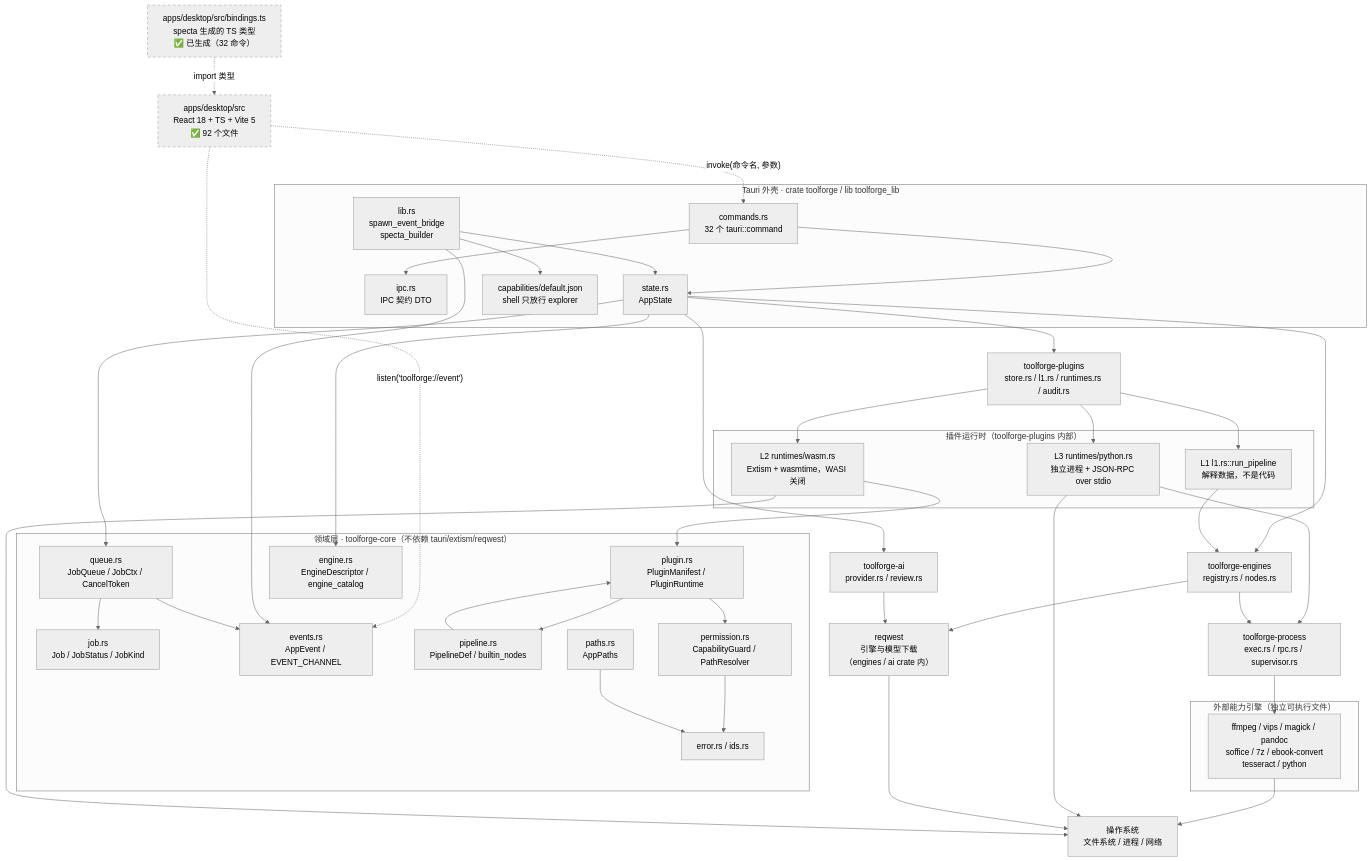
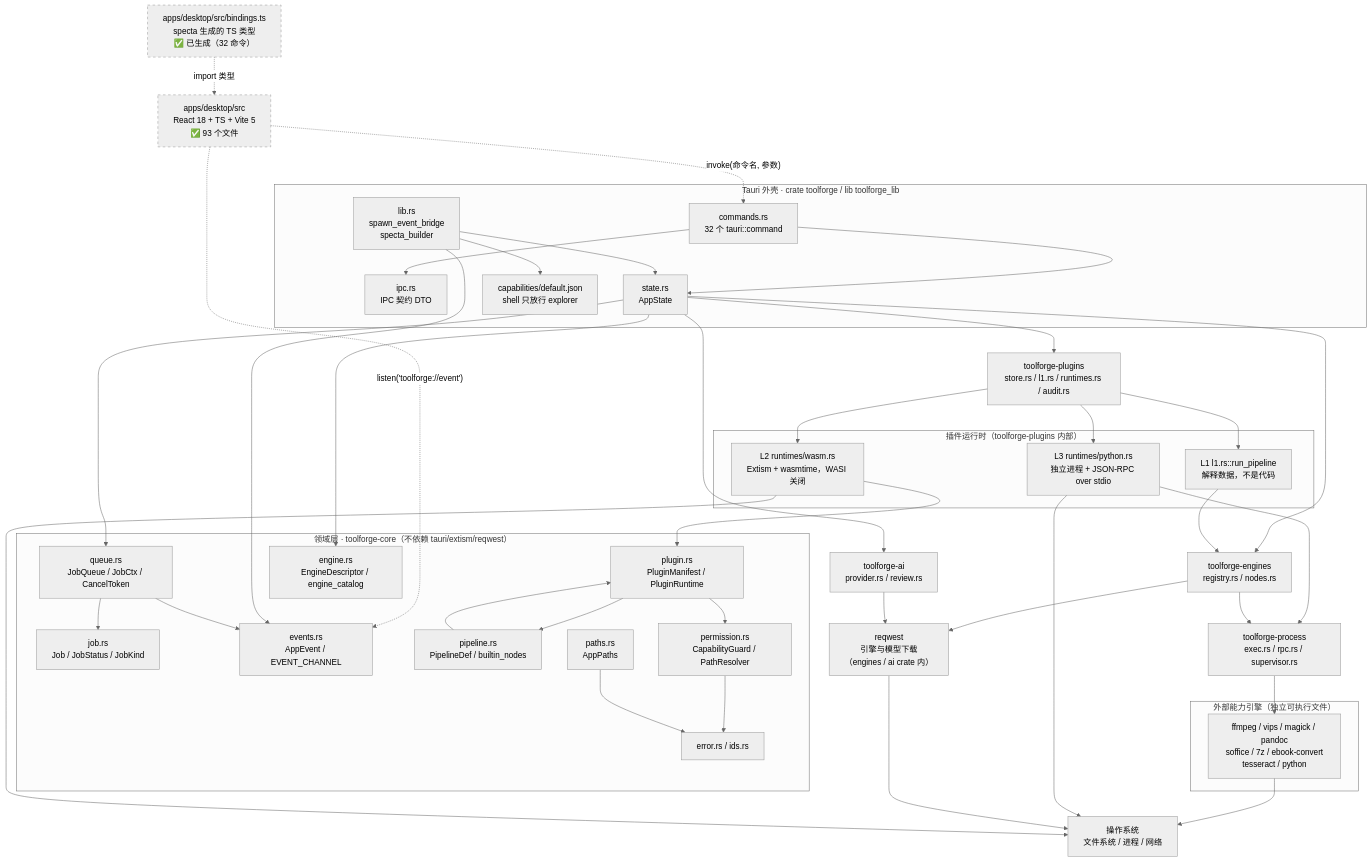
Before and after one commit to kkkkk-stk/Super-Multi-functional-Integrated-Software: the first of 2 diagrams in docs/ARCHITECTURE.md, drawn with Mermaid (neutral theme). The commit also changed other lines of this file and 6 other files, not shown here.

````diff
--- a/docs/ARCHITECTURE.md
+++ b/docs/ARCHITECTURE.md
@@ -65,6 +65,6 @@
 ```mermaid
 flowchart TD
-    FE["apps/desktop/src<br/>React 18 + TS + Vite 5<br/>✅ 92 个文件"]
+    FE["apps/desktop/src<br/>React 18 + TS + Vite 5<br/>✅ 93 个文件"]
     BIND["apps/desktop/src/bindings.ts<br/>specta 生成的 TS 类型<br/>✅ 已生成（32 命令）"]
 
     subgraph Shell["Tauri 外壳 · crate toolforge / lib toolforge_lib"]
````
